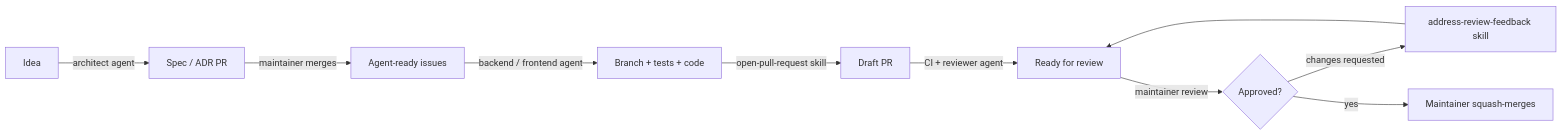
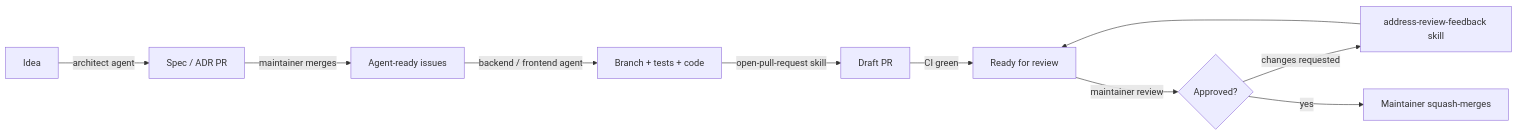
One commit to nem0z/hashplace changed the diagram in docs/workflow.md. Above: the diagram before and after it, drawn with Mermaid. The commit also changed other lines of this file and 7 other files, not shown here.

Commit message:
chore(agents): remove reviewer agent

````diff
--- a/docs/workflow.md
+++ b/docs/workflow.md
@@ -6,12 +6,12 @@
 ```mermaid
 flowchart LR
     I[Idea] -->|architect agent| D[Spec / ADR PR]
     D -->|maintainer merges| S[Agent-ready issues]
     S -->|backend / frontend agent| B[Branch + tests + code]
     B -->|open-pull-request skill| P[Draft PR]
-    P -->|CI + reviewer agent| R[Ready for review]
+    P -->|CI green| R[Ready for review]
     R -->|maintainer review| F{Approved?}
     F -->|changes requested| A[address-review-feedback skill]
     A --> R
     F -->|yes| M[Maintainer squash-merges]
 ```
````
